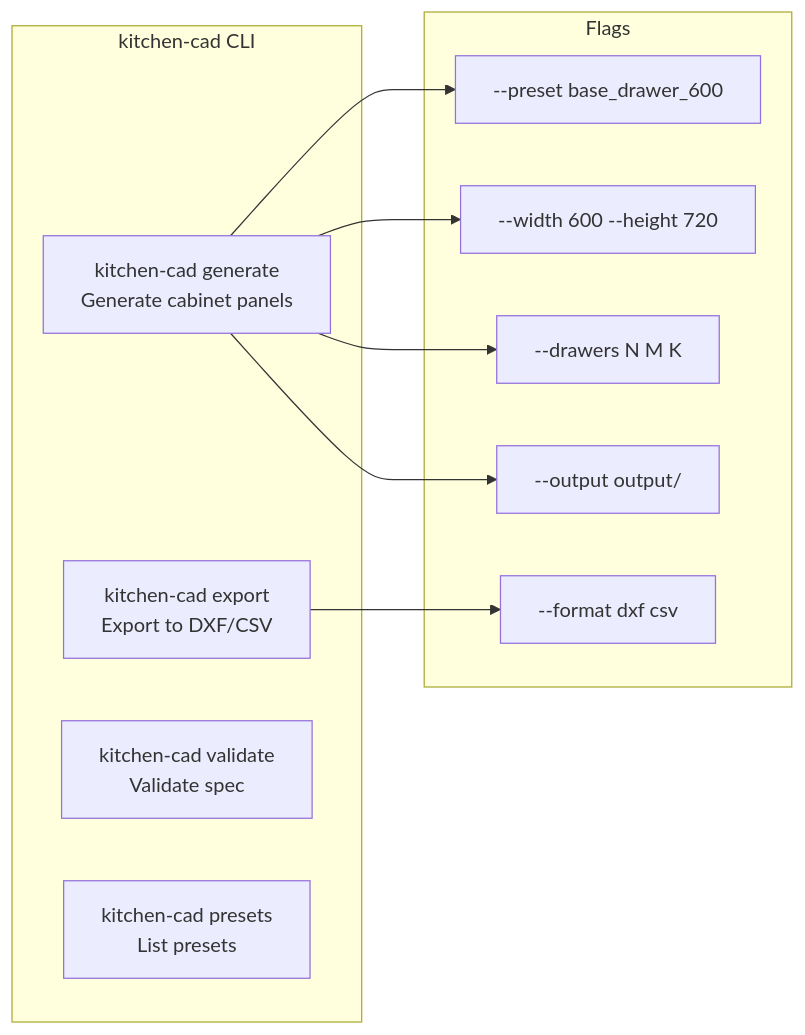
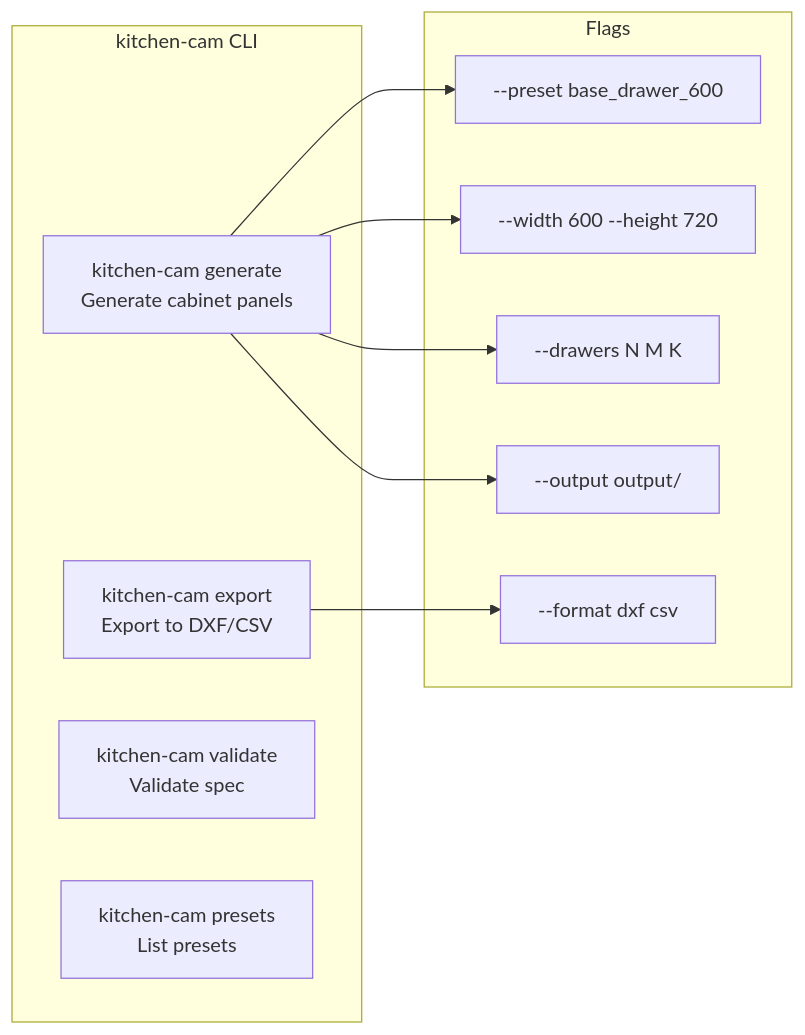
Diagram 12 of 13 in kitchen-cam/docs/architecture.md (m1981/kuchnie), drawn with Mermaid before and after one commit. The commit also changed other lines of this file and 5 other files, not shown here.

First line of the commit message:
docs: fix stale kitchen-cad → kitchen-cam references (U4-U9)

````diff
--- a/kitchen-cam/docs/architecture.md
+++ b/kitchen-cam/docs/architecture.md
@@ -780,23 +780,23 @@
 ```mermaid
 graph LR
-    subgraph "kitchen-cad CLI"
-        CMD1[kitchen-cad generate<br/>Generate cabinet panels]
-        CMD2[kitchen-cad export<br/>Export to DXF/CSV]
-        CMD3[kitchen-cad validate<br/>Validate spec]
-        CMD4[kitchen-cad presets<br/>List presets]
+    subgraph "kitchen-cam CLI"
+        CMD1[kitchen-cam generate<br/>Generate cabinet panels]
+        CMD2[kitchen-cam export<br/>Export to DXF/CSV]
+        CMD3[kitchen-cam validate<br/>Validate spec]
+        CMD4[kitchen-cam presets<br/>List presets]
     end
 
     subgraph "Flags"
         F1[--preset base_drawer_600]
         F2[--width 600 --height 720]
         F3[--drawers N M K]
         F4[--output output/]
         F5[--format dxf csv]
     end
 
     CMD1 --> F1
     CMD1 --> F2
     CMD1 --> F3
     CMD1 --> F4
     CMD2 --> F5
 ```
````
